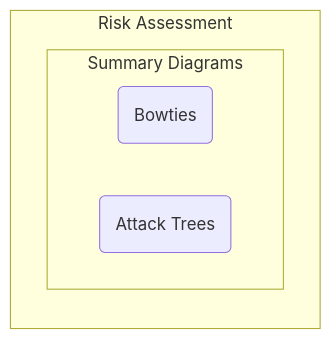
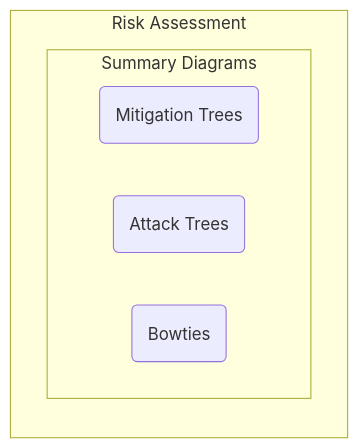
Before and after one commit to stuartfowler/CEMT: the second of 4 diagrams in Documentation/risk.md, drawn with Mermaid. The commit also changed other lines of this file and 7 other files, not shown here.

````diff
--- a/Documentation/risk.md
+++ b/Documentation/risk.md
@@ -36,13 +37,11 @@
 ```mermaid
 flowchart TB
   subgraph RA["Risk Assessment"]
     direction TB
     subgraph 6["Summary Diagrams"]
-      6a("Bowties") 
+      6c("Mitigation Trees")
       6b("Attack Trees")
+      6a("Bowties")     
     end
   end
-  
-  click 6a "https://github.com/stuartfowler/CEMT/blob/main/Documentation/risk.md#bowties" "Bowtie Diagrams"
-  click 6b "https://github.com/stuartfowler/CEMT/blob/main/Documentation/risk.md#attack-trees" "Attack Tree Diagrams"
 ```
````
